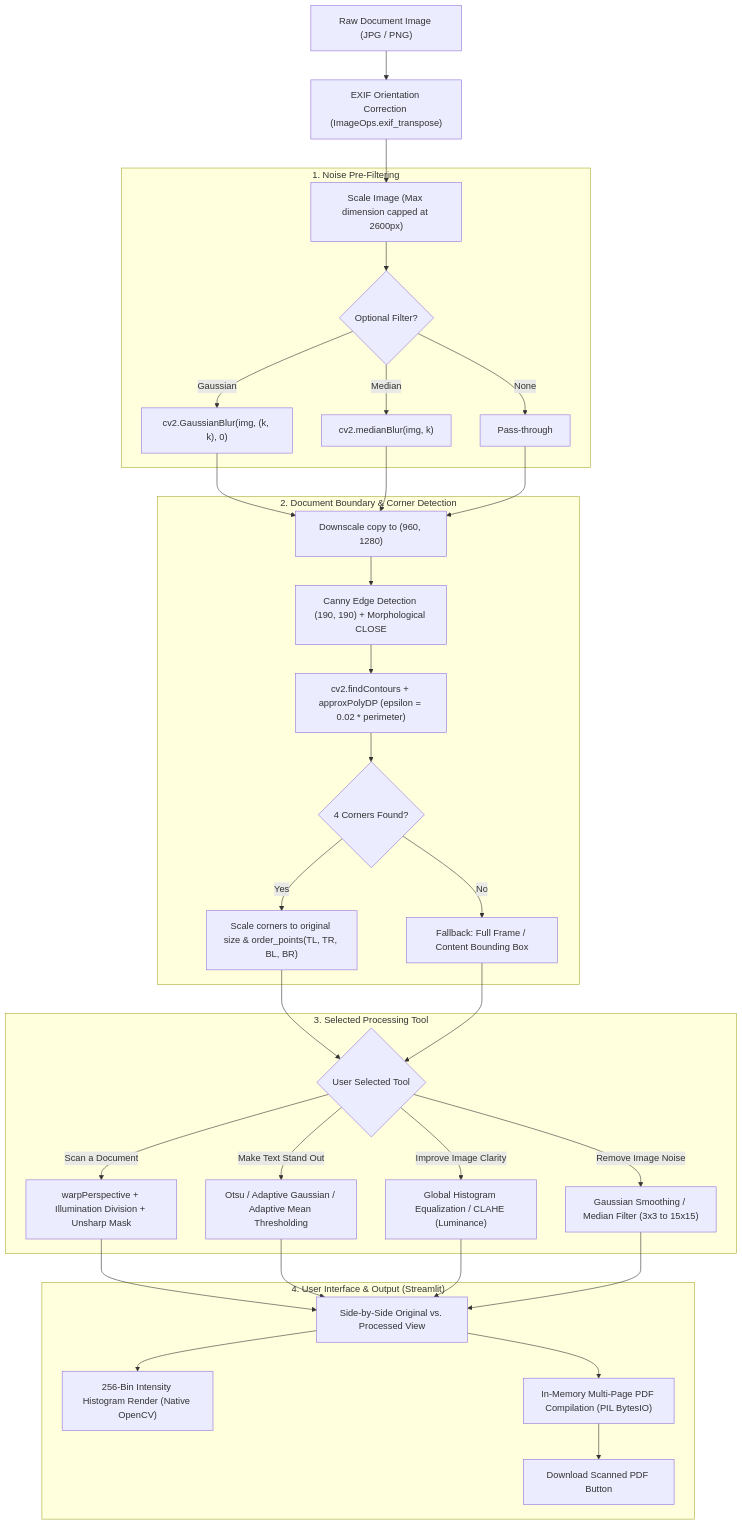
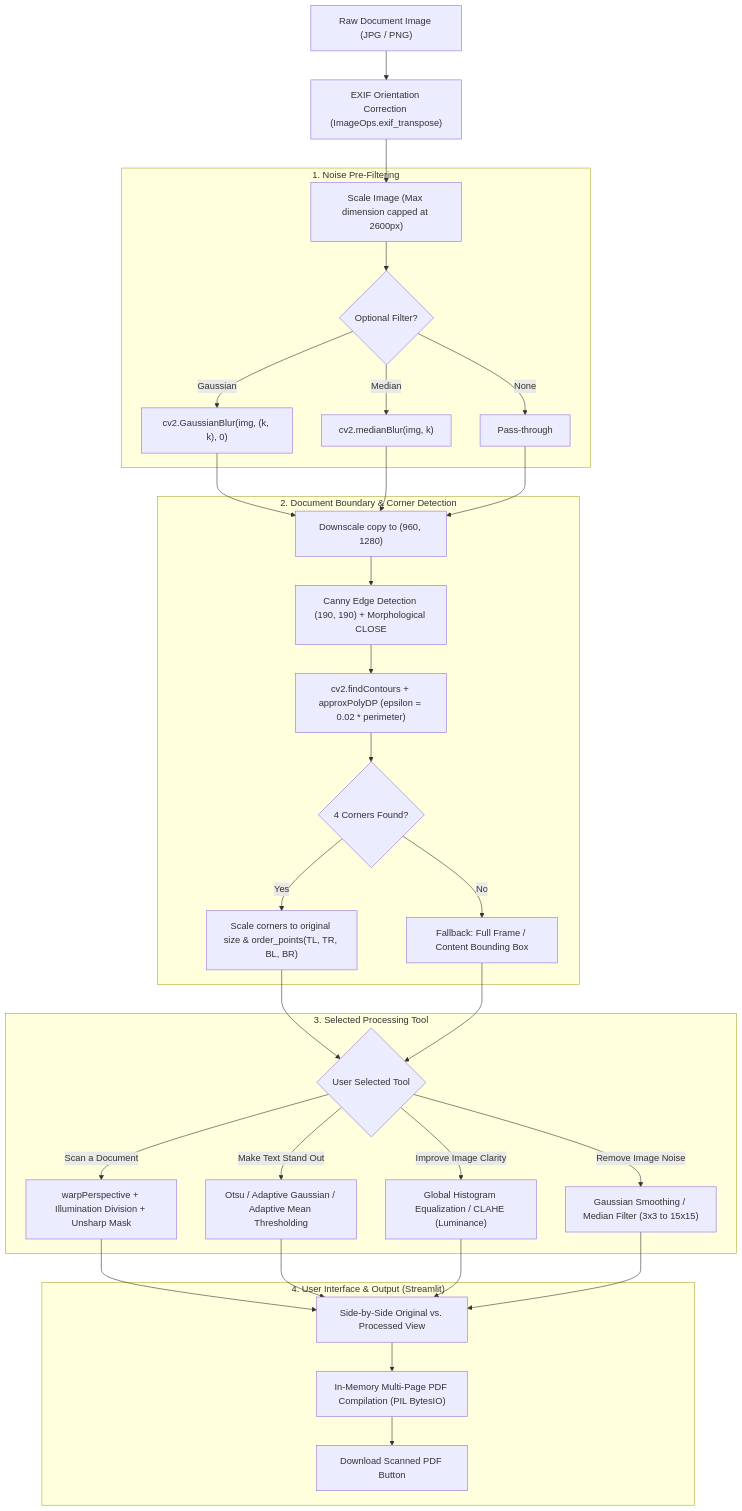
One commit to Neelam-3432/Section-C_Team_Number-15 changed the diagram in README.md. Above: the diagram before and after it, drawn with Mermaid. The commit also changed other lines of this file and 1 other file, not shown here.

````diff
--- a/README.md
+++ b/README.md
@@ -103,36 +103,35 @@
 ```mermaid
 flowchart TD
     A["Raw Document Image (JPG / PNG)"] --> B["EXIF Orientation Correction (ImageOps.exif_transpose)"]
     B --> C["Scale Image (Max dimension capped at 2600px)"]
 
     subgraph S1["1. Noise Pre-Filtering "]
         C --> D{"Optional Filter?"}
         D -->|Gaussian| D1["cv2.GaussianBlur(img, (k, k), 0)"]
         D -->|Median| D2["cv2.medianBlur(img, k)"]
         D -->|None| D3["Pass-through"]
     end
 
     subgraph S2["2. Document Boundary & Corner Detection "]
         D1 & D2 & D3 --> E1["Downscale copy to (960, 1280)"]
         E1 --> E2["Canny Edge Detection (190, 190) + Morphological CLOSE"]
         E2 --> E3["cv2.findContours + approxPolyDP (epsilon = 0.02 * perimeter)"]
         E3 --> E4{"4 Corners Found?"}
         E4 -->|Yes| E5["Scale corners to original size & order_points(TL, TR, BL, BR)"]
         E4 -->|No| E6["Fallback: Full Frame / Content Bounding Box"]
     end
 
     subgraph S3["3. Selected Processing Tool"]
         E5 & E6 --> F{"User Selected Tool"}
         F -->|Scan a Document| G1["warpPerspective + Illumination Division + Unsharp Mask"]
         F -->|Make Text Stand Out| G2["Otsu / Adaptive Gaussian / Adaptive Mean Thresholding"]
         F -->|Improve Image Clarity| G3["Global Histogram Equalization / CLAHE (Luminance)"]
         F -->|Remove Image Noise| G4["Gaussian Smoothing / Median Filter (3x3 to 15x15)"]
     end
 
     subgraph S4["4. User Interface & Output (Streamlit)"]
         G1 & G2 & G3 & G4 --> H1["Side-by-Side Original vs. Processed View"]
-        H1 --> H2["256-Bin Intensity Histogram Render (Native OpenCV)"]
         H1 --> H3["In-Memory Multi-Page PDF Compilation (PIL BytesIO)"]
         H3 --> H4["Download Scanned PDF Button"]
     end
 ```
````
